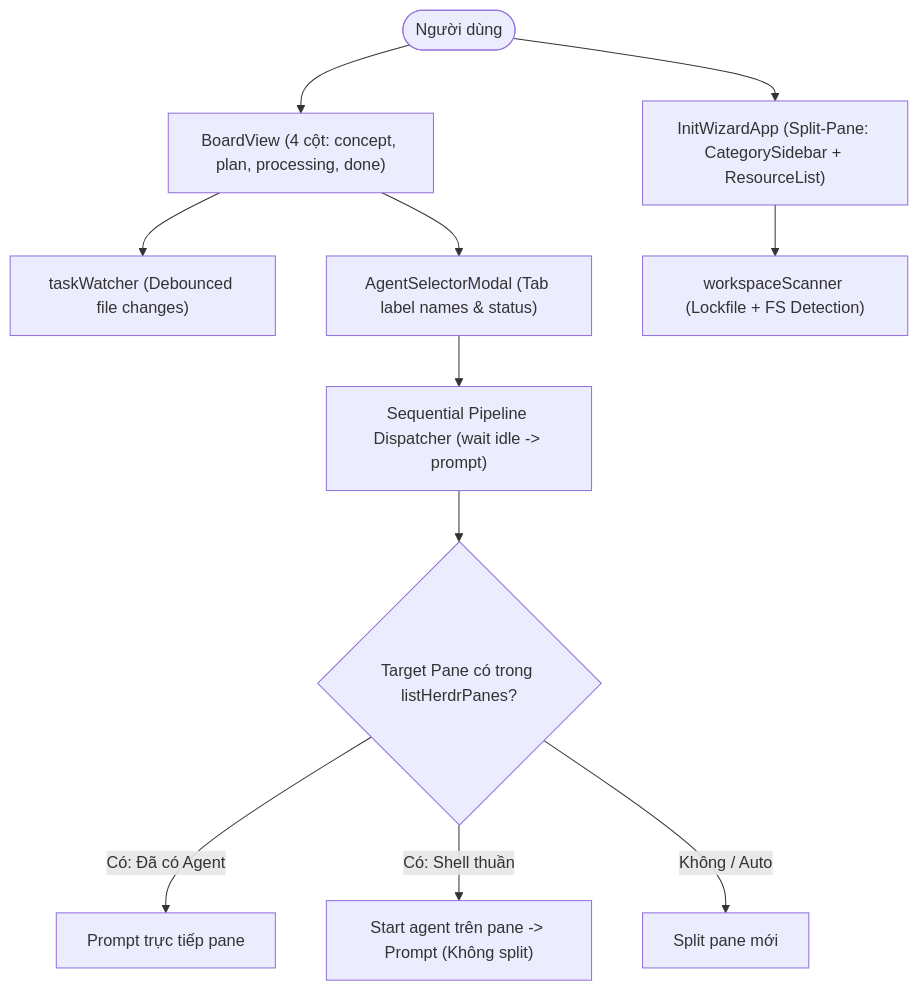
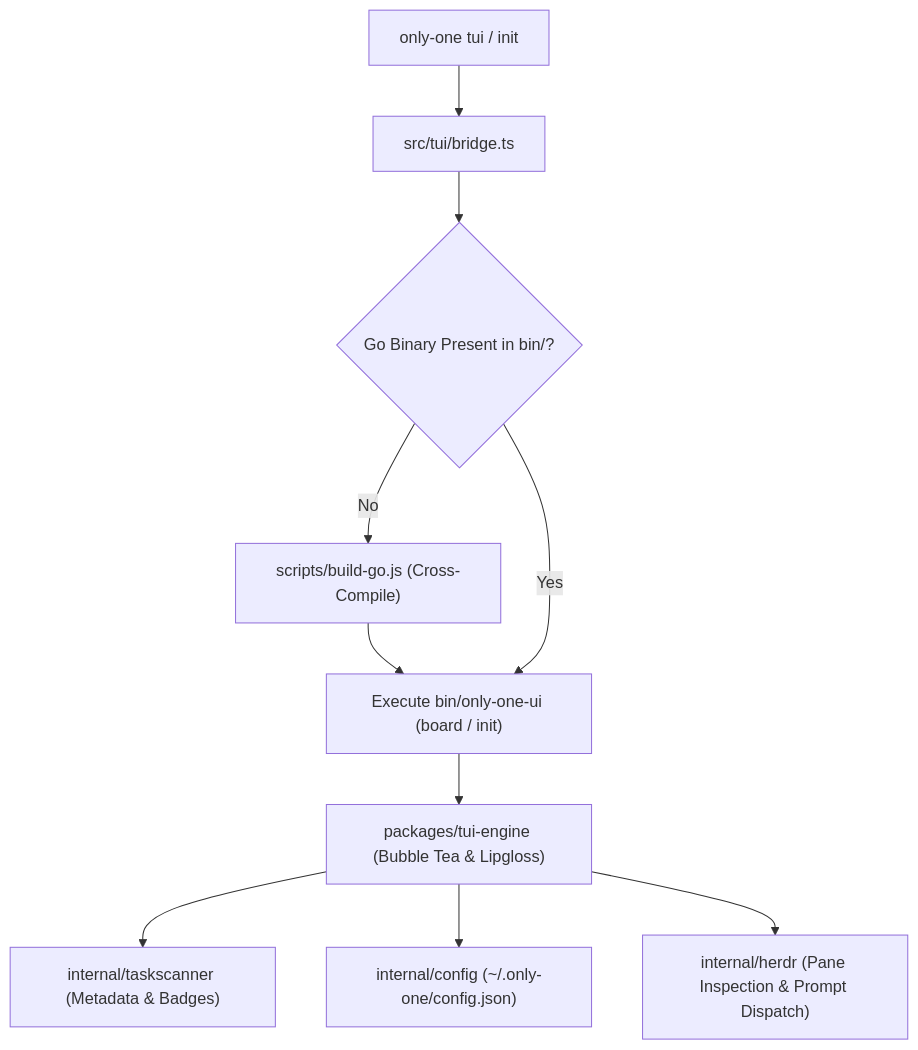
The diagram in only-one/archives/tui-modernization.md (Personal-Source-SP/only-one-cli), drawn with Mermaid before and after one commit. The commit also changed other lines of this file and 25 other files, not shown here.

Commit message:
feat: implement TUI engine core model, task scanner, and herdr client integration

````diff
--- a/only-one/archives/tui-modernization.md
+++ b/only-one/archives/tui-modernization.md
@@ -54,13 +40,12 @@
 ```mermaid
 flowchart TD
-    User([Người dùng]) --> Board["BoardView (4 cột: concept, plan, processing, done)"]
-    Board --> Watcher["taskWatcher (Debounced file changes)"]
-    Board --> AgentModal["AgentSelectorModal (Tab label names & status)"]
-    AgentModal --> HerdrQueue["Sequential Pipeline Dispatcher (wait idle -> prompt)"]
-    HerdrQueue --> TargetCheck{"Target Pane có trong listHerdrPanes?"}
-    TargetCheck -->|Có: Đã có Agent| PromptDirect["Prompt trực tiếp pane"]
-    TargetCheck -->|Có: Shell thuần| StartOnPane["Start agent trên pane -> Prompt (Không split)"]
-    TargetCheck -->|Không / Auto| SplitPane["Split pane mới"]
-    User --> InitWizard["InitWizardApp (Split-Pane: CategorySidebar + ResourceList)"]
-    InitWizard --> Scanner["workspaceScanner (Lockfile + FS Detection)"]
+    CLI["only-one tui / init"] --> Bridge["src/tui/bridge.ts"]
+    Bridge --> Check{"Go Binary Present in bin/?"}
+    Check -->|No| Build["scripts/build-go.js (Cross-Compile)"]
+    Build --> Exec["Execute bin/only-one-ui (board / init)"]
+    Check -->|Yes| Exec
+    Exec --> GoEngine["packages/tui-engine (Bubble Tea & Lipgloss)"]
+    GoEngine --> Scanner["internal/taskscanner (Metadata & Badges)"]
+    GoEngine --> Config["internal/config (~/.only-one/config.json)"]
+    GoEngine --> Herdr["internal/herdr (Pane Inspection & Prompt Dispatch)"]
 ```
````
